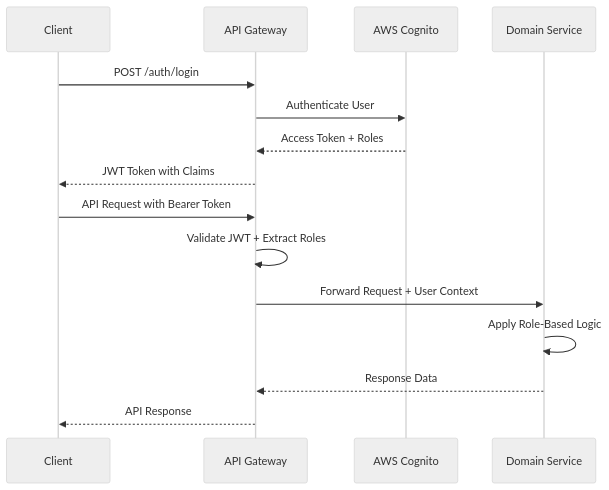
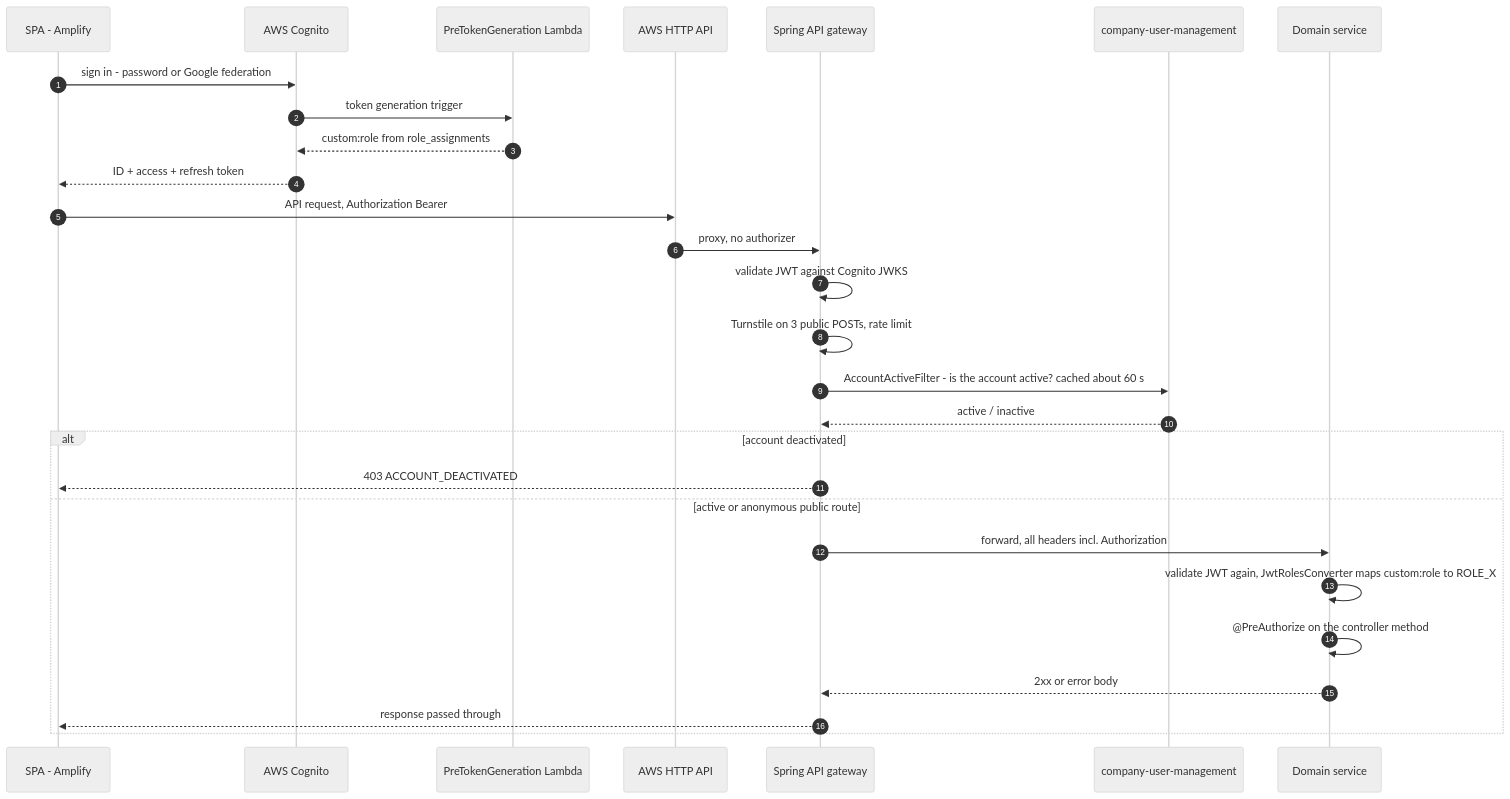
One commit to nissimbuchs/BATbern2 changed the second of 14 diagrams in docs/architecture/06-backend-architecture.md. Above: the diagram before and after it, drawn with Mermaid (neutral theme). The commit also changed other lines of this file and 164 other files, not shown here.

First line of the commit message:
docs: documentation audit before BATbern60 (user guide, screenshots, PRD, architecture diagrams) (#1224)

````diff
--- a/docs/architecture/06-backend-architecture.md
+++ b/docs/architecture/06-backend-architecture.md
@@ -39,19 +74,31 @@
 ```mermaid
 sequenceDiagram
-    participant C as Client
-    participant GW as API Gateway
+    autonumber
+    participant SPA as SPA - Amplify
     participant Cognito as AWS Cognito
-    participant Service as Domain Service
+    participant Lambda as PreTokenGeneration Lambda
+    participant HTTPAPI as AWS HTTP API
+    participant GW as Spring API gateway
+    participant CUMS as company-user-management
+    participant Svc as Domain service
 
-    C->>GW: POST /auth/login
-    GW->>Cognito: Authenticate User
-    Cognito-->>GW: Access Token + Roles
-    GW-->>C: JWT Token with Claims
-
-    C->>GW: API Request with Bearer Token
-    GW->>GW: Validate JWT + Extract Roles
-    GW->>Service: Forward Request + User Context
-    Service->>Service: Apply Role-Based Logic
-    Service-->>GW: Response Data
-    GW-->>C: API Response
+    SPA->>Cognito: sign in - password or Google federation
+    Cognito->>Lambda: token generation trigger
+    Lambda-->>Cognito: custom:role from role_assignments
+    Cognito-->>SPA: ID + access + refresh token
+    SPA->>HTTPAPI: API request, Authorization Bearer
+    HTTPAPI->>GW: proxy, no authorizer
+    GW->>GW: validate JWT against Cognito JWKS
+    GW->>GW: Turnstile on 3 public POSTs, rate limit
+    GW->>CUMS: AccountActiveFilter - is the account active? cached about 60 s
+    CUMS-->>GW: active / inactive
+    alt account deactivated
+        GW-->>SPA: 403 ACCOUNT_DEACTIVATED
+    else active or anonymous public route
+        GW->>Svc: forward, all headers incl. Authorization
+        Svc->>Svc: validate JWT again, JwtRolesConverter maps custom:role to ROLE_X
+        Svc->>Svc: @PreAuthorize on the controller method
+        Svc-->>GW: 2xx or error body
+        GW-->>SPA: response passed through
+    end
 ```
````
